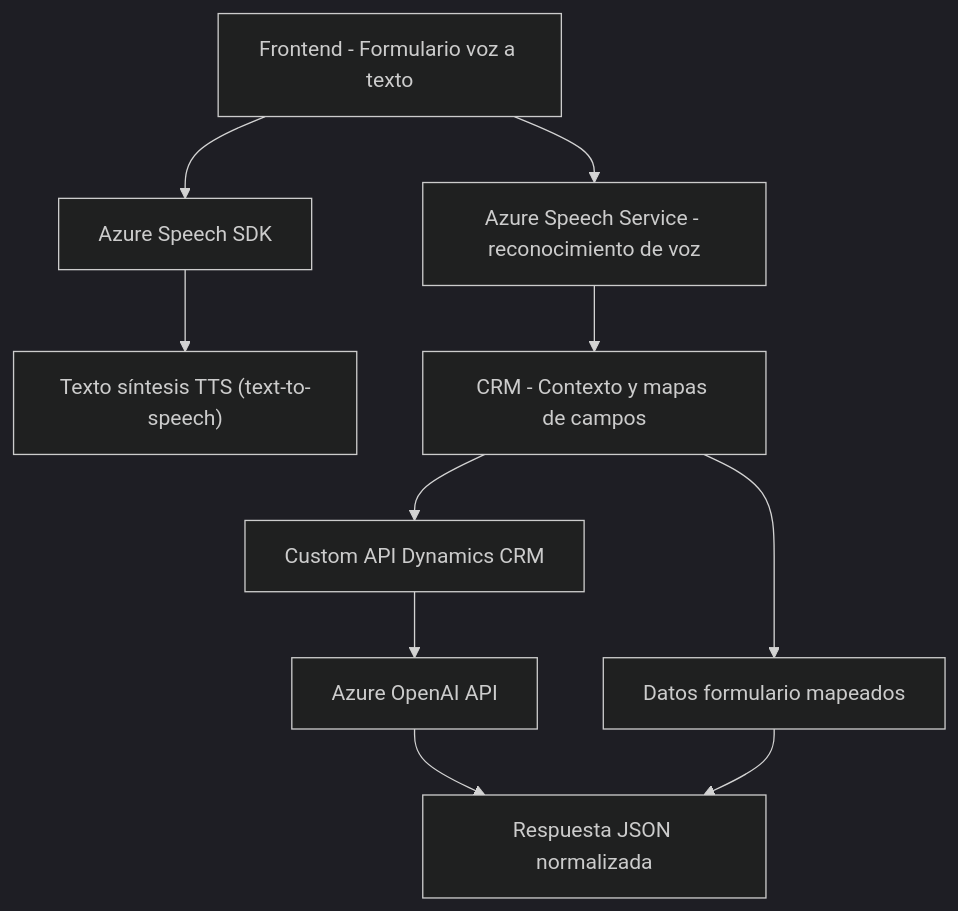
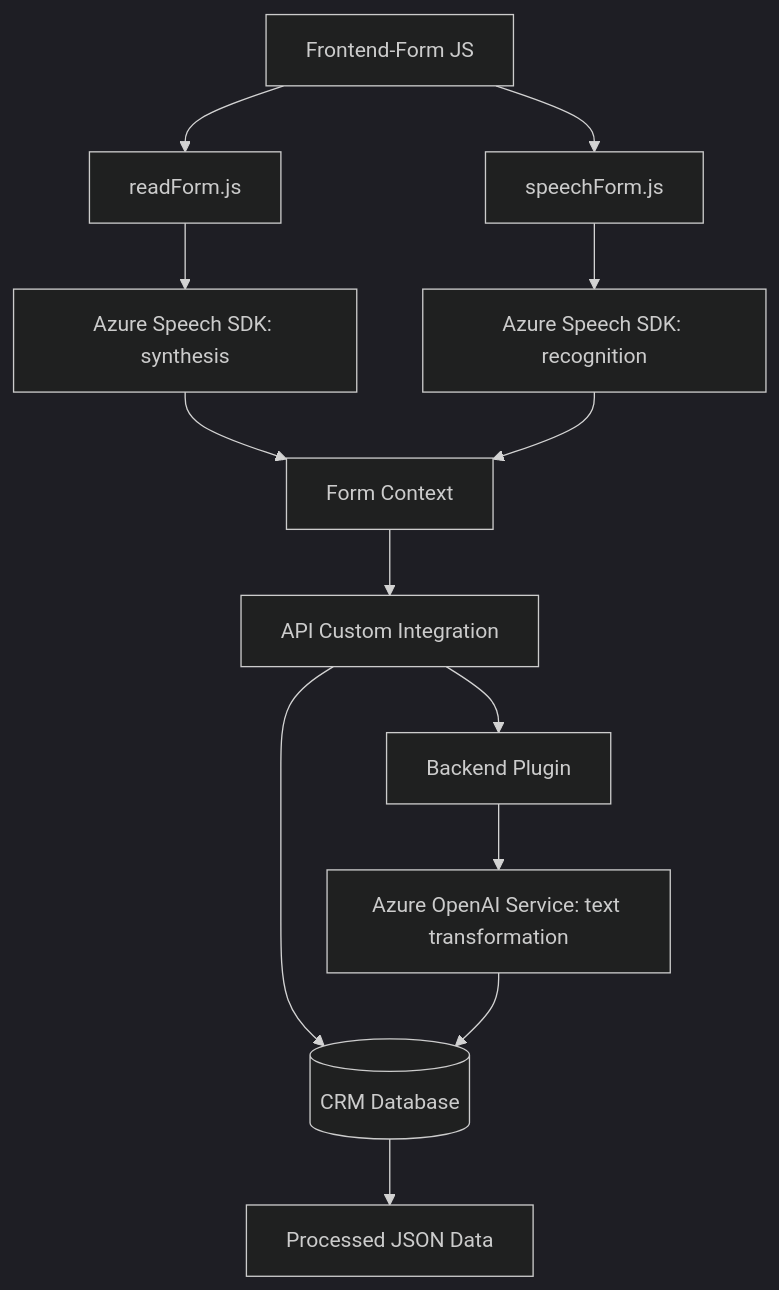
Before and after one commit to blopezdm/NETCORE_BILBAO2025: the diagram in README.md, drawn with Mermaid (dark theme). The commit also changed other lines of this file, not shown here.

````diff
--- a/README.md
+++ b/README.md
@@ -46,12 +66,15 @@
 ```mermaid
 graph TD
-    A["Frontend - Formulario voz a texto"] --> B["Azure Speech SDK"]
-    B --> C["Texto síntesis TTS (text-to-speech)"]
-    A --> D["Azure Speech Service - reconocimiento de voz"]
-    D --> E["CRM - Contexto y mapas de campos"]
-    E --> F["Custom API Dynamics CRM"]
-    E --> G["Datos formulario mapeados"]
-    F --> H["Azure OpenAI API"]
-    H --> I["Respuesta JSON normalizada"]
-    G --> I
+    A[Frontend-Form JS] --> B[readForm.js]
+    A --> C[speechForm.js]
+    B --> D["Azure Speech SDK: synthesis"]
+    C --> E["Azure Speech SDK: recognition"]
+    D --> F[Form Context]
+    E --> F
+    F --> G[API Custom Integration]
+    G --> H[Backend Plugin]
+    H --> I["Azure OpenAI Service: text transformation"]
+    G --> J["Microsoft Dynamics WebAPI"]
+    I --> J[(CRM Database)]
+    J --> K[Processed JSON Data]
 ```
````
